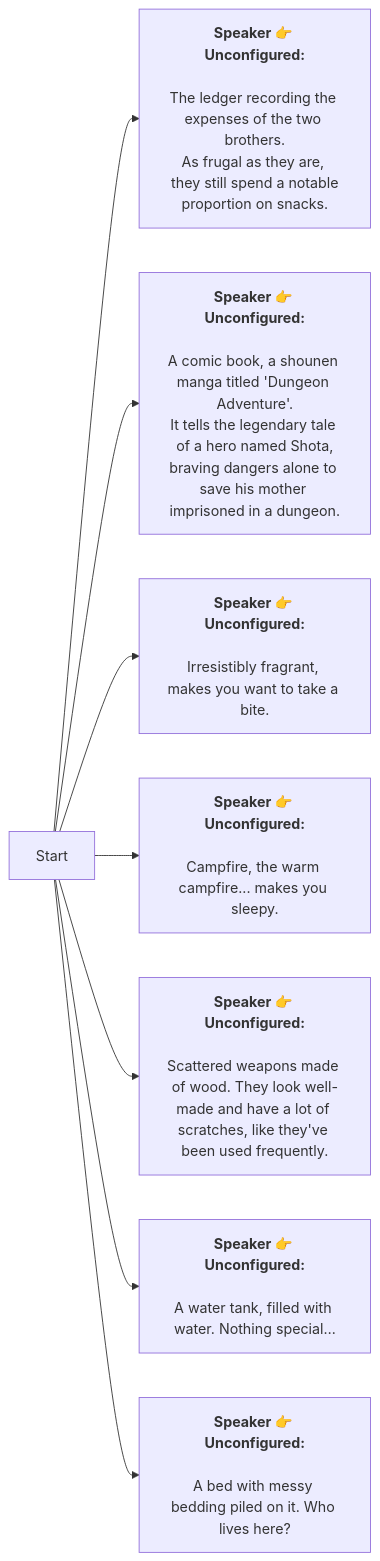
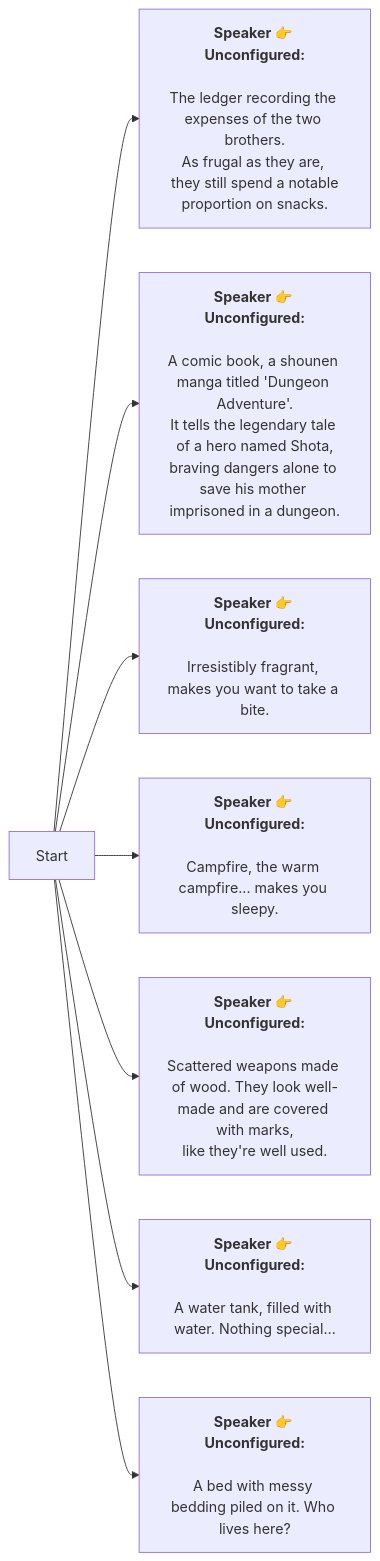
One commit to SoftHu/tos_avg changed the diagram in En/SecretCageRead.md. Above: the diagram before and after it, drawn with Mermaid. The commit also changed 297 other files, not shown here.

````diff
--- a/En/SecretCageRead.md
+++ b/En/SecretCageRead.md
@@ -1,29 +1,30 @@
 ```mermaid
 graph LR
 Start -->1736575149749368[<b>Speaker 👉 Unconfigured:</b>
 
 The ledger recording the expenses of the two brothers.
 As frugal as they are, they still spend a notable
 proportion on snacks.]
 Start -->1736575171977338[<b>Speaker 👉 Unconfigured:</b>
 
 A comic book, a shounen manga titled 'Dungeon Adventure'.
 It tells the legendary tale of a hero named Shota,
 braving dangers alone to save his mother imprisoned in a dungeon.]
 Start -->1736575203604604[<b>Speaker 👉 Unconfigured:</b>
 
 Irresistibly fragrant, makes you want to take a bite.]
 Start -->1736575274041470[<b>Speaker 👉 Unconfigured:</b>
 
 Campfire, the warm campfire... makes you sleepy.]
 Start -->1736575296315520[<b>Speaker 👉 Unconfigured:</b>
 
-Scattered weapons made of wood. They look well-made and have a lot of scratches, like they've been used frequently.]
+Scattered weapons made of wood. They look well-made and are covered with marks,
+like they're well used.]
 Start -->1736575338122370[<b>Speaker 👉 Unconfigured:</b>
 
 A water tank, filled with water. Nothing special…]
 Start -->1736575358526596[<b>Speaker 👉 Unconfigured:</b>
 
 A bed with messy bedding piled on it. Who lives here?]
 
  ```
````
